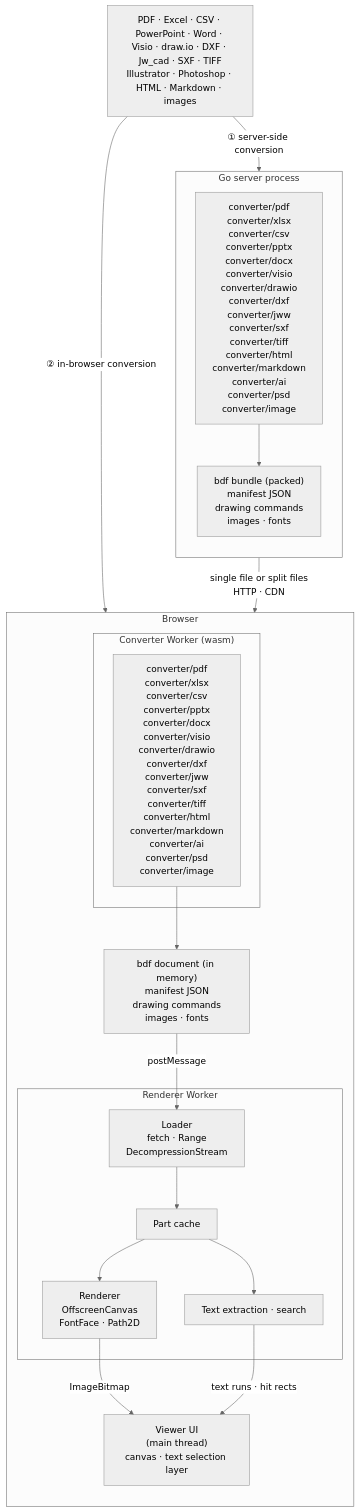
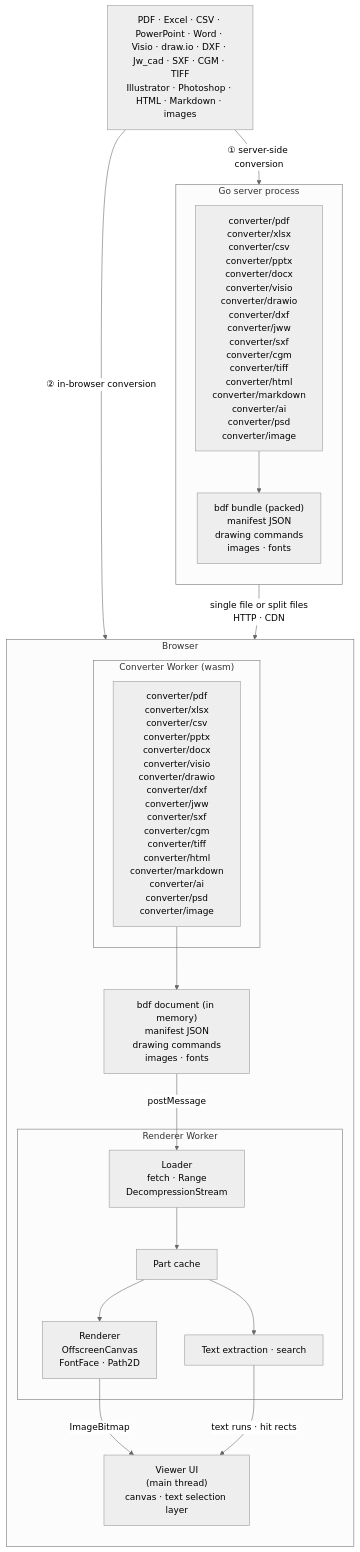
The diagram in README.md (shibukawa/bdf), drawn with Mermaid (neutral theme) before and after one commit. The commit also changed other lines of this file and 42 other files, not shown here.

````diff
--- a/README.md
+++ b/README.md
@@ -20,37 +20,37 @@
 ```mermaid
 flowchart TB
-    SRC["PDF · Excel · CSV · PowerPoint · Word · Visio · draw.io · DXF · Jw_cad · SXF · TIFF<br/>Illustrator · Photoshop · HTML · Markdown · images"]
+    SRC["PDF · Excel · CSV · PowerPoint · Word · Visio · draw.io · DXF · Jw_cad · SXF · CGM · TIFF<br/>Illustrator · Photoshop · HTML · Markdown · images"]
 
     subgraph SERVER["Go server process"]
         direction TB
-        SCONV["converter/pdf<br/>converter/xlsx<br/>converter/csv<br/>converter/pptx<br/>converter/docx<br/>converter/visio<br/>converter/drawio<br/>converter/dxf<br/>converter/jww<br/>converter/sxf<br/>converter/tiff<br/>converter/html<br/>converter/markdown<br/>converter/ai<br/>converter/psd<br/>converter/image"]
+        SCONV["converter/pdf<br/>converter/xlsx<br/>converter/csv<br/>converter/pptx<br/>converter/docx<br/>converter/visio<br/>converter/drawio<br/>converter/dxf<br/>converter/jww<br/>converter/sxf<br/>converter/cgm<br/>converter/tiff<br/>converter/html<br/>converter/markdown<br/>converter/ai<br/>converter/psd<br/>converter/image"]
         BUNDLE["bdf bundle (packed)<br/>manifest JSON<br/>drawing commands<br/>images · fonts"]
         SCONV --> BUNDLE
     end
 
     subgraph BROWSER["Browser"]
         direction TB
         subgraph CWORKER["Converter Worker (wasm)"]
-            WCONV["converter/pdf<br/>converter/xlsx<br/>converter/csv<br/>converter/pptx<br/>converter/docx<br/>converter/visio<br/>converter/drawio<br/>converter/dxf<br/>converter/jww<br/>converter/sxf<br/>converter/tiff<br/>converter/html<br/>converter/markdown<br/>converter/ai<br/>converter/psd<br/>converter/image"]
+            WCONV["converter/pdf<br/>converter/xlsx<br/>converter/csv<br/>converter/pptx<br/>converter/docx<br/>converter/visio<br/>converter/drawio<br/>converter/dxf<br/>converter/jww<br/>converter/sxf<br/>converter/cgm<br/>converter/tiff<br/>converter/html<br/>converter/markdown<br/>converter/ai<br/>converter/psd<br/>converter/image"]
         end
         PARTS["bdf document (in memory)<br/>manifest JSON<br/>drawing commands<br/>images · fonts"]
         subgraph RWORKER["Renderer Worker"]
             LOADER["Loader<br/>fetch · Range<br/>DecompressionStream"]
             STORE["Part cache"]
             RENDER["Renderer<br/>OffscreenCanvas<br/>FontFace · Path2D"]
             TEXT["Text extraction · search"]
             LOADER --> STORE
             STORE --> RENDER
             STORE --> TEXT
         end
         UI["Viewer UI<br/>(main thread)<br/>canvas · text selection layer"]
         WCONV --> PARTS
     end
 
     SRC -- "① server-side conversion" --> SCONV
     SRC -- "② in-browser conversion" --> WCONV
     BUNDLE -- "single file or split files<br/>HTTP · CDN" --> LOADER
     PARTS -- "postMessage" --> LOADER
     RENDER -- "ImageBitmap" --> UI
     TEXT -- "text runs · hit rects" --> UI
 ```
````
